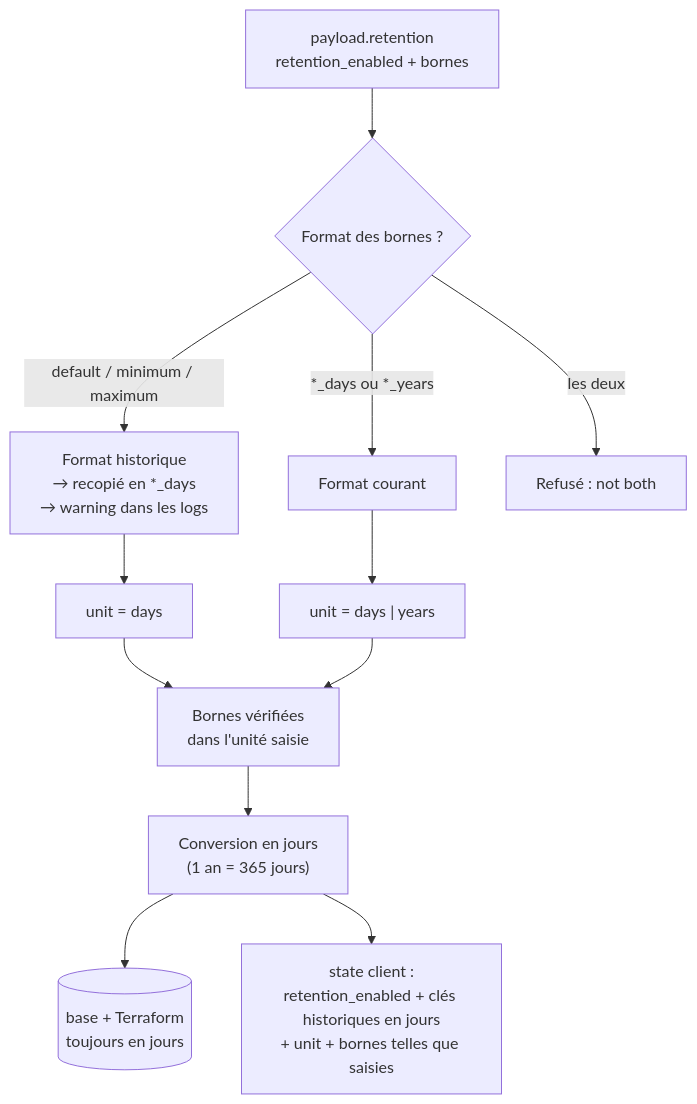
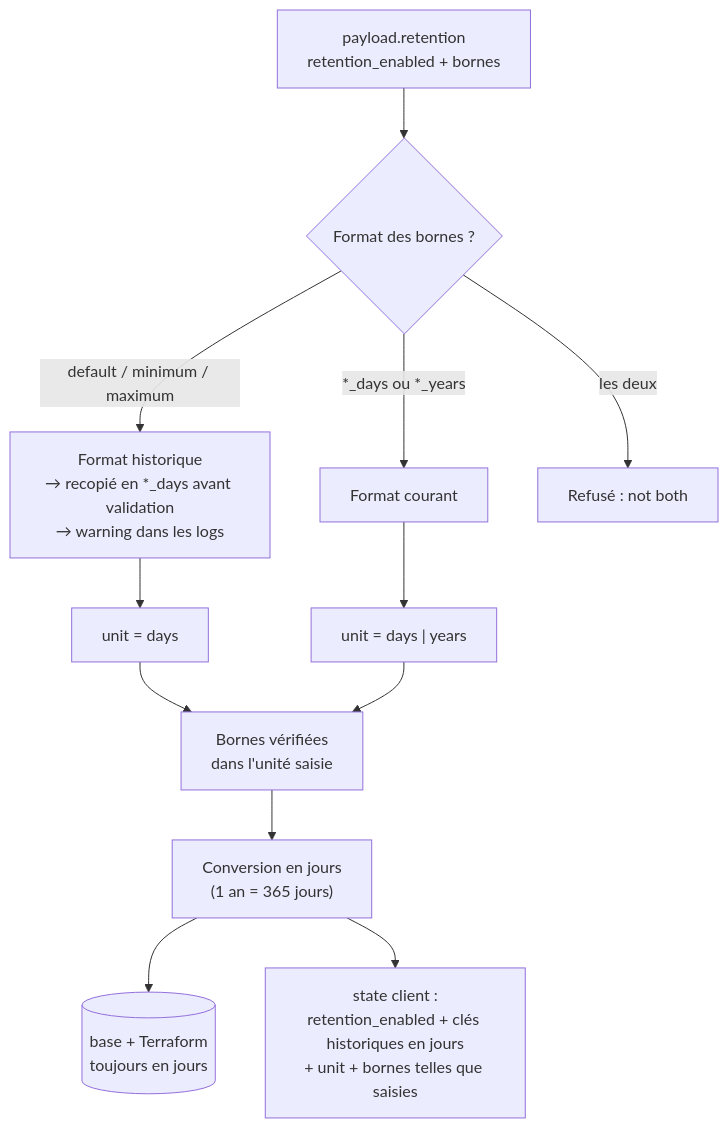
The fourth of 4 diagrams in cos/README.md (karimessouabni/cos), drawn with Mermaid before and after one commit. The commit also changed 3 other files, not shown here.

````diff
--- a/cos/README.md
+++ b/cos/README.md
@@ -174,14 +174,14 @@
 ```mermaid
 flowchart TD
     P["payload.retention<br/>retention_enabled + bornes"] --> Q{Format des bornes ?}
-    Q -->|"default / minimum / maximum"| L["Format historique<br/>→ recopié en *_days<br/>→ warning dans les logs"]
+    Q -->|"default / minimum / maximum"| L["Format historique<br/>→ recopié en *_days avant validation<br/>→ warning dans les logs"]
     Q -->|"*_days ou *_years"| N["Format courant"]
     Q -->|"les deux"| R["Refusé : not both"]
     L --> U["unit = days"]
     N --> U2["unit = days | years"]
     U --> C["Bornes vérifiées<br/>dans l'unité saisie"]
     U2 --> C
     C --> J["Conversion en jours<br/>(1 an = 365 jours)"]
     J --> DB[("base + Terraform<br/>toujours en jours")]
     J --> ST["state client :<br/>retention_enabled + clés historiques en jours<br/>+ unit + bornes telles que saisies"]
 ```
````
